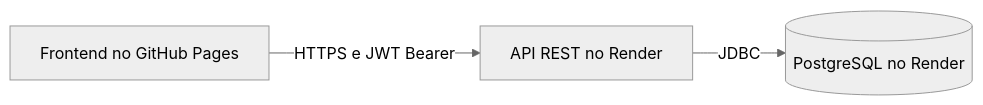
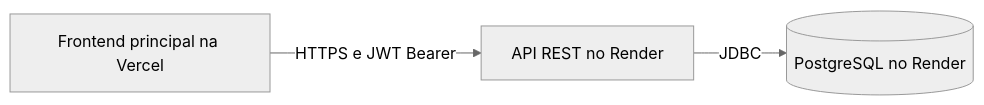
Before and after one commit to CarlosEduardoFurlan/GestaoDeClinicas-Backend-ProjetoFinal-maisPraTi: the first of 4 diagrams in docs/ARQUITETURA.md, drawn with Mermaid (neutral theme). The commit also changed other lines of this file and 1 other file, not shown here.

Commit message:
docs: define Vercel como frontend principal

````diff
--- a/docs/ARQUITETURA.md
+++ b/docs/ARQUITETURA.md
@@ -7,5 +7,5 @@
 ```mermaid
 flowchart LR
-    Frontend[Frontend no GitHub Pages] -->|HTTPS e JWT Bearer| API[API REST no Render]
+    Frontend[Frontend principal na Vercel] -->|HTTPS e JWT Bearer| API[API REST no Render]
     API -->|JDBC| DB[(PostgreSQL no Render)]
 ```
````
